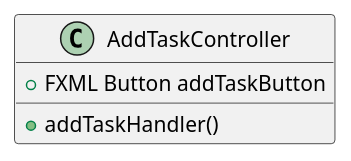
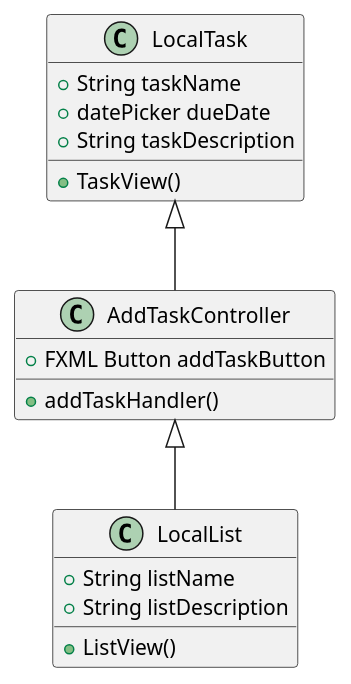
One commit to carolinacrduarte/duarte-cop3330-assignment4part2 changed the diagram in uml/AddTaskController.puml. Above: the diagram before and after it, drawn with PlantUML. The commit also changed 10 other files, not shown here.

Commit message:
Add relationships to UML diagrams and JUnit tests pseudocode

```diff
--- a/uml/AddTaskController.puml
+++ b/uml/AddTaskController.puml
@@ -1,6 +1,23 @@
 @startuml
 class AddTaskController{
     +FXML Button addTaskButton
     +addTaskHandler()
 }
+
+class LocalList{
+    +String listName
+    +String listDescription
+    +ListView()
+}
+
+class LocalTask{
+    +String taskName
+    +datePicker dueDate
+    +String taskDescription
+    +TaskView()
+}
+
+LocalTask <|-- AddTaskController
+AddTaskController <|-- LocalList
+
 @enduml
```
